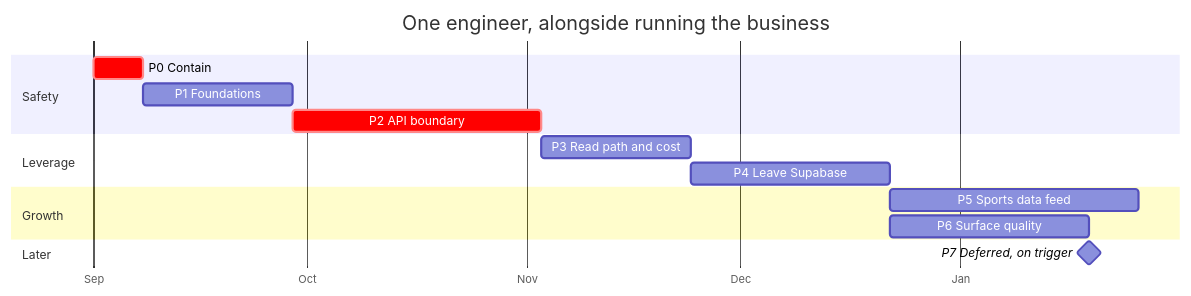
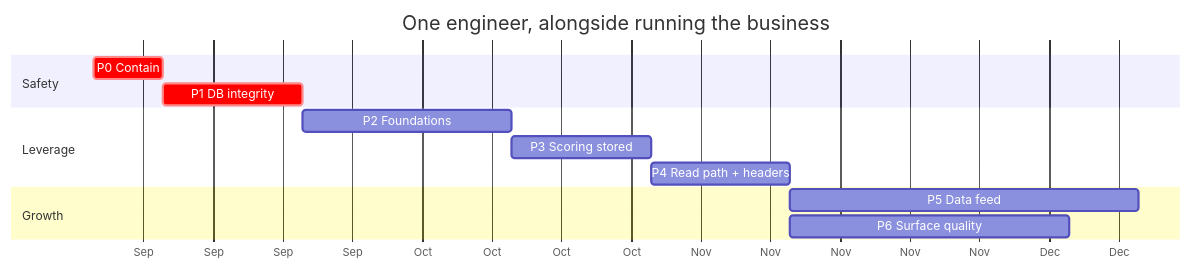
Before and after one commit to matchinist/gameweek: the third of 3 diagrams in docs/TARGET-ARCHITECTURE.md, drawn with Mermaid. The commit also changed other lines of this file and 4 other files, not shown here.

Commit message:
Add rearchitecture plan docs and live RLS policy audit (Phase 0.1)

````diff
--- a/docs/TARGET-ARCHITECTURE.md
+++ b/docs/TARGET-ARCHITECTURE.md
@@ -428,22 +258,16 @@
 ```mermaid
 gantt
     dateFormat YYYY-MM-DD
     axisFormat %b
     title One engineer, alongside running the business
-
     section Safety
-    P0 Contain                :crit, p0, 2026-09-01, 1w
-    P1 Foundations            :p1, after p0, 3w
-    P2 API boundary           :crit, p2, after p1, 5w
-
+    P0 Contain              :crit, p0, 2026-09-01, 1w
+    P1 DB integrity         :crit, p1, after p0, 2w
     section Leverage
-    P3 Read path and cost     :p3, after p2, 3w
-    P4 Leave Supabase         :p4, after p3, 4w
-
+    P2 Foundations          :p2, after p1, 3w
+    P3 Scoring stored       :p3, after p2, 2w
+    P4 Read path + headers  :p4, after p3, 2w
     section Growth
-    P5 Sports data feed       :p5, after p4, 5w
-    P6 Surface quality        :p6, after p4, 4w
-
-    section Later
-    P7 Deferred, on trigger   :milestone, after p6, 0d
+    P5 Data feed            :p5, after p4, 5w
+    P6 Surface quality      :p6, after p4, 4w
 ```
````
